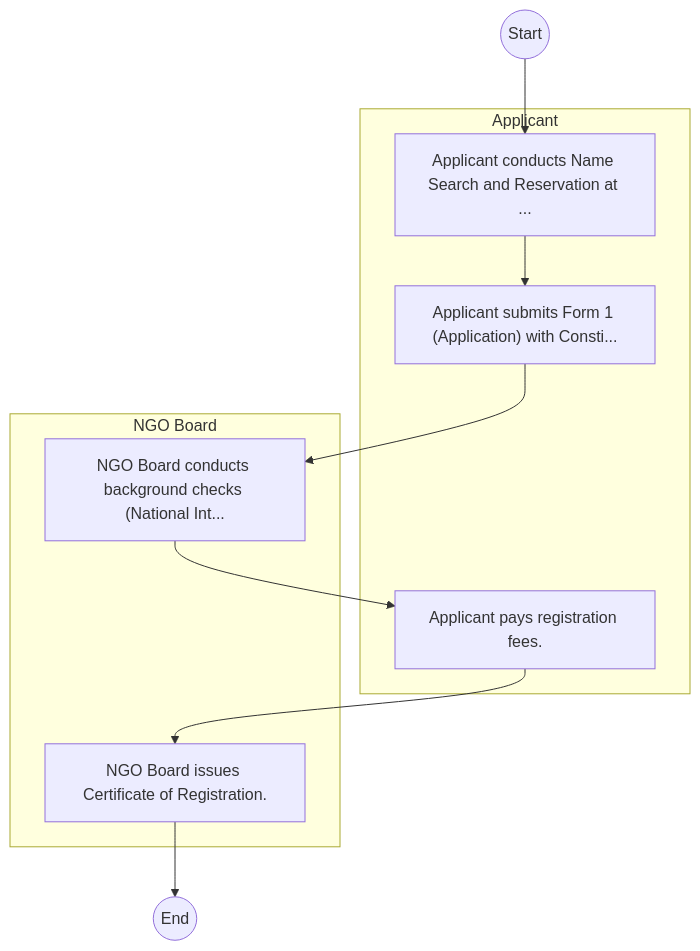
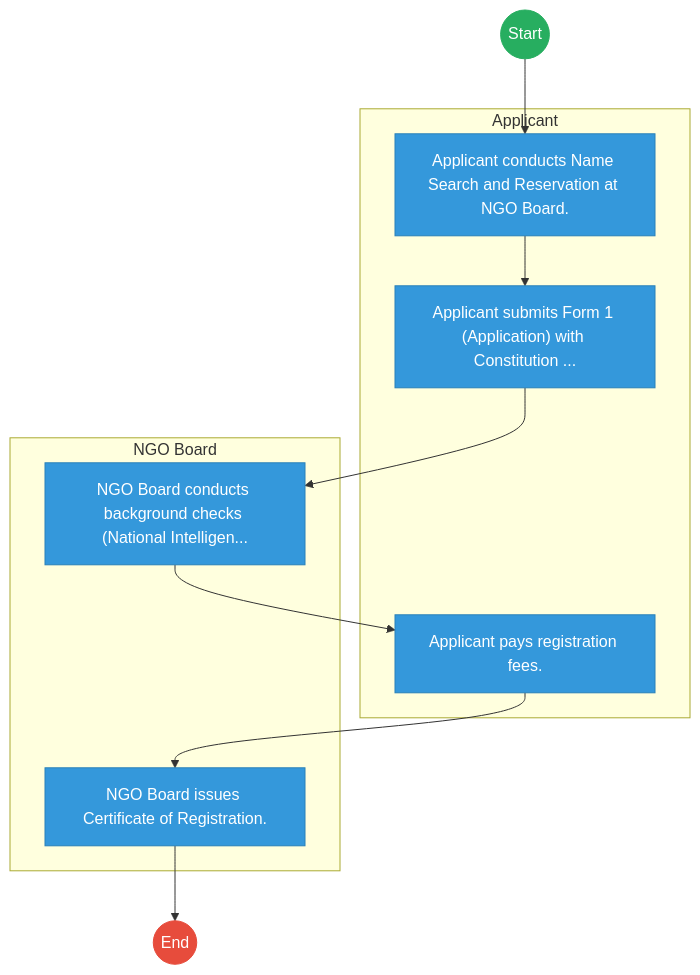
Before and after one commit to BITZ-IT-Consulting-LTD/ictapoc: the first of 2 diagrams in mdas/docs_final/Public_Benefits_Organizations_Regulatory_Authority_NGO_Coordinating_Board___Service_Delivery.md, drawn with Mermaid. The commit also changed other lines of this file and 461 other files, not shown here.

````diff
--- a/mdas/docs_final/Public_Benefits_Organizations_Regulatory_Authority_NGO_Coordinating_Board___Service_Delivery.md
+++ b/mdas/docs_final/Public_Benefits_Organizations_Regulatory_Authority_NGO_Coordinating_Board___Service_Delivery.md
@@ -20,18 +20,29 @@
 ```mermaid
 graph TD
     Start((Start)) --> S1
+
     subgraph Applicant [Applicant]
-        S1["Applicant conducts Name Search and Reservation at ..."]
-        S2["Applicant submits Form 1 (Application) with Consti..."]
+        S1["Applicant conducts Name Search and Reservation at NGO Board."]
+        S2["Applicant submits Form 1 (Application) with Constitution ..."]
         S4["Applicant pays registration fees."]
     end
-    subgraph NGOBoard [NGO Board]
-        S3["NGO Board conducts background checks (National Int..."]
+
+    subgraph NGO_Board [NGO Board]
+        S3["NGO Board conducts background checks (National Intelligen..."]
         S5["NGO Board issues Certificate of Registration."]
     end
     S1 --> S2
     S2 --> S3
     S3 --> S4
     S4 --> S5
     S5 --> End((End))
+
+    classDef start fill:#27ae60,stroke:#27ae60,color:#fff;
+    classDef endNode fill:#e74c3c,stroke:#e74c3c,color:#fff;
+    classDef userTask fill:#3498db,stroke:#2980b9,color:#fff;
+    classDef serviceTask fill:#9b59b6,stroke:#8e44ad,color:#fff;
+
+    class Start start;
+    class End endNode;
+    class S1,S2,S3,S4,S5 userTask;
 ```
````
